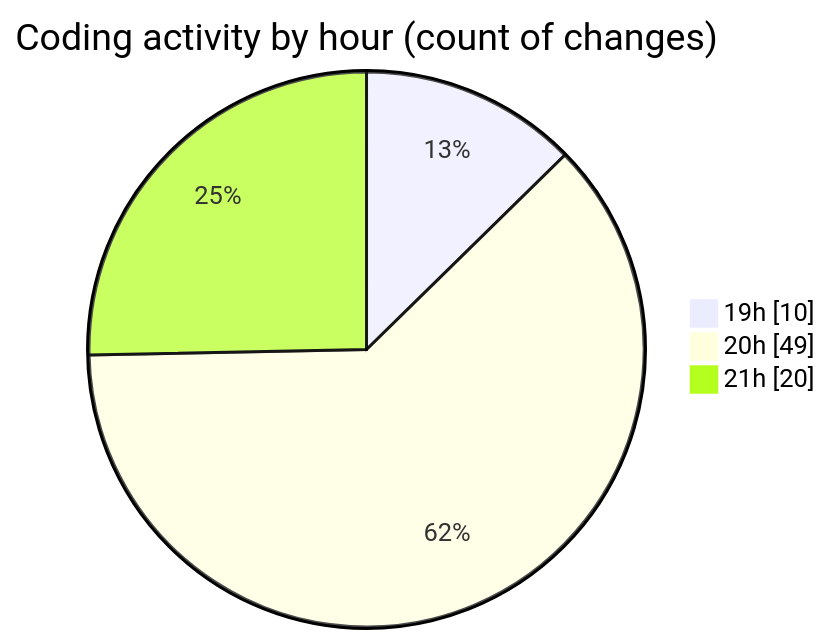
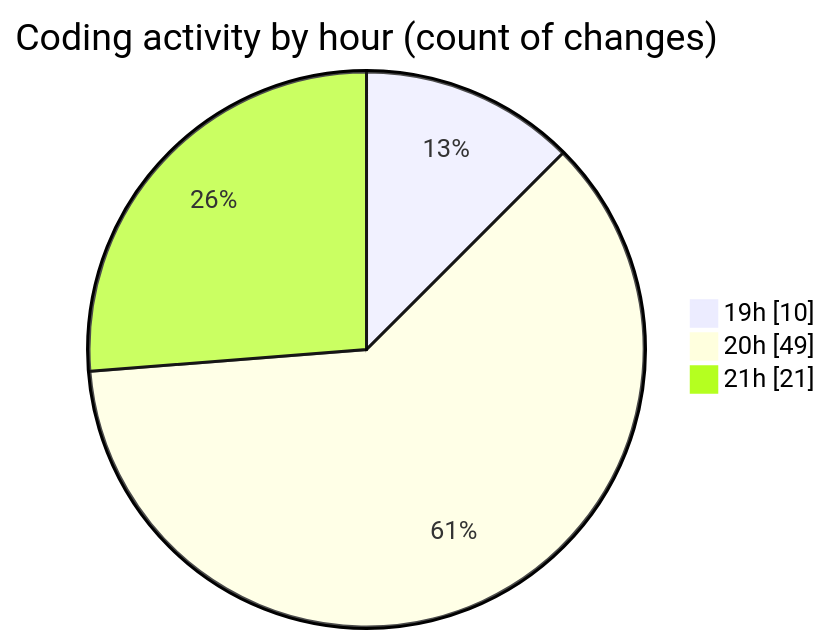
One commit to charlie-sans/code-tracking changed the second of 2 diagrams in 2025-01-28/trollerboard/README.md. Above: the diagram before and after it, drawn with Mermaid. The commit also changed other lines of this file and 1 other file, not shown here.

````diff
--- a/2025-01-28/trollerboard/README.md
+++ b/2025-01-28/trollerboard/README.md
@@ -42,7 +42,7 @@
 ```mermaid
 pie showData
 title Coding activity by hour (count of changes)
 "19h" : 10
 "20h" : 49
-"21h" : 20
+"21h" : 21
 ```
````
